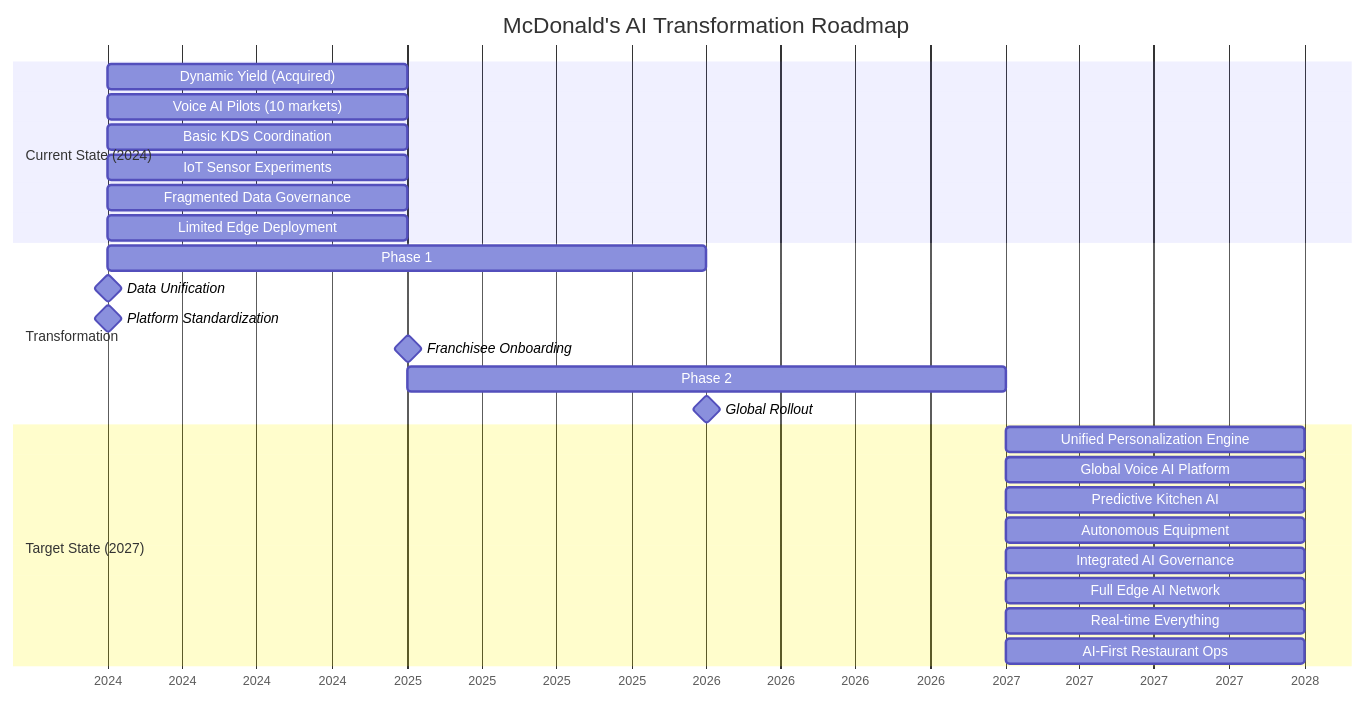
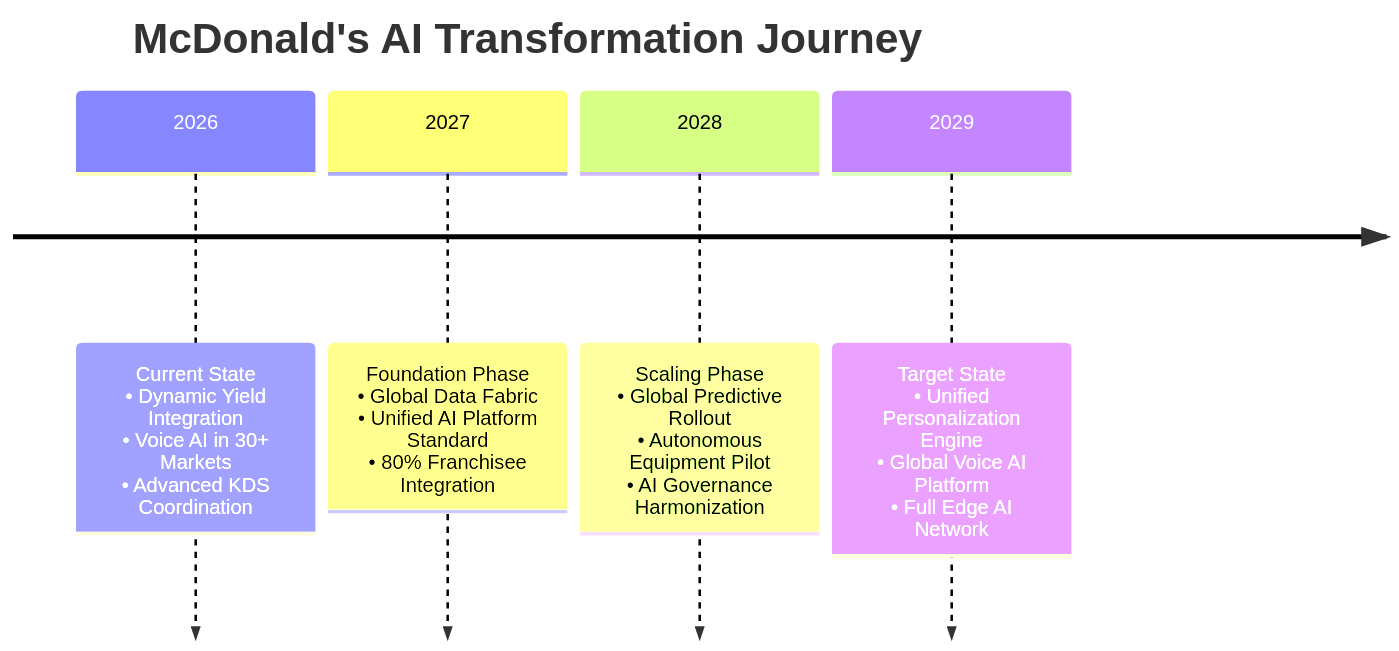
Before and after one commit to manuelbomi/Enterprise-Architecture-for-McDonald-s-AI-Data-Driven-Transformation-An-Architect-s-Strategic-Bluepr: the second of 3 diagrams in README.md, drawn with Mermaid. The commit also changed other lines of this file, not shown here.

````diff
--- a/README.md
+++ b/README.md
@@ -97,33 +102,8 @@
 ```mermaid
-gantt
-    title McDonald's AI Transformation Roadmap
-    dateFormat  YYYY
-    axisFormat  %Y
-    
-    section Current State (2024)
-    Dynamic Yield (Acquired) :2024, 1y
-    Voice AI Pilots (10 markets) :2024, 1y
-    Basic KDS Coordination :2024, 1y
-    IoT Sensor Experiments :2024, 1y
-    Fragmented Data Governance :2024, 1y
-    Limited Edge Deployment :2024, 1y
-    
-    section Transformation
-    Phase 1: Foundation :2024, 2y
-    Data Unification :milestone, 2024, 1d
-    Platform Standardization :milestone, 2024, 1d
-    Franchisee Onboarding :milestone, 2025, 1d
-    
-    Phase 2: Scale :2025, 2y
-    Global Rollout :milestone, 2026, 1d
-    
-    section Target State (2027)
-    Unified Personalization Engine :2027, 1y
-    Global Voice AI Platform :2027, 1y
-    Predictive Kitchen AI :2027, 1y
-    Autonomous Equipment :2027, 1y
-    Integrated AI Governance :2027, 1y
-    Full Edge AI Network :2027, 1y
-    Real-time Everything :2027, 1y
-    AI-First Restaurant Ops :2027, 1y
+timeline
+    title McDonald's AI Transformation Journey
+    2026 : Current State<br>• Dynamic Yield Integration<br>• Voice AI in 30+ Markets<br>• Advanced KDS Coordination
+    2027 : Foundation Phase<br>• Global Data Fabric<br>• Unified AI Platform Standard<br>• 80% Franchisee Integration
+    2028 : Scaling Phase<br>• Global Predictive Rollout<br>• Autonomous Equipment Pilot<br>• AI Governance Harmonization
+    2029 : Target State<br>• Unified Personalization Engine<br>• Global Voice AI Platform<br>• Full Edge AI Network
 ```
````
